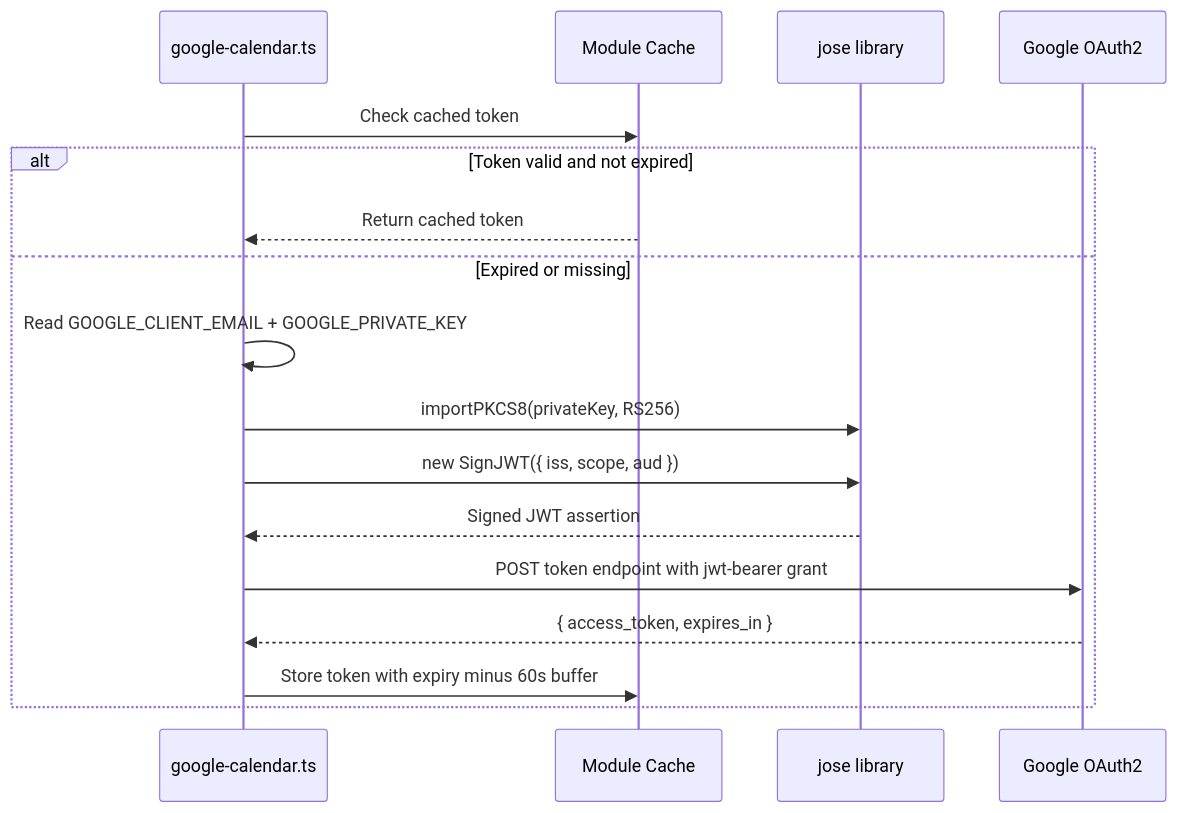
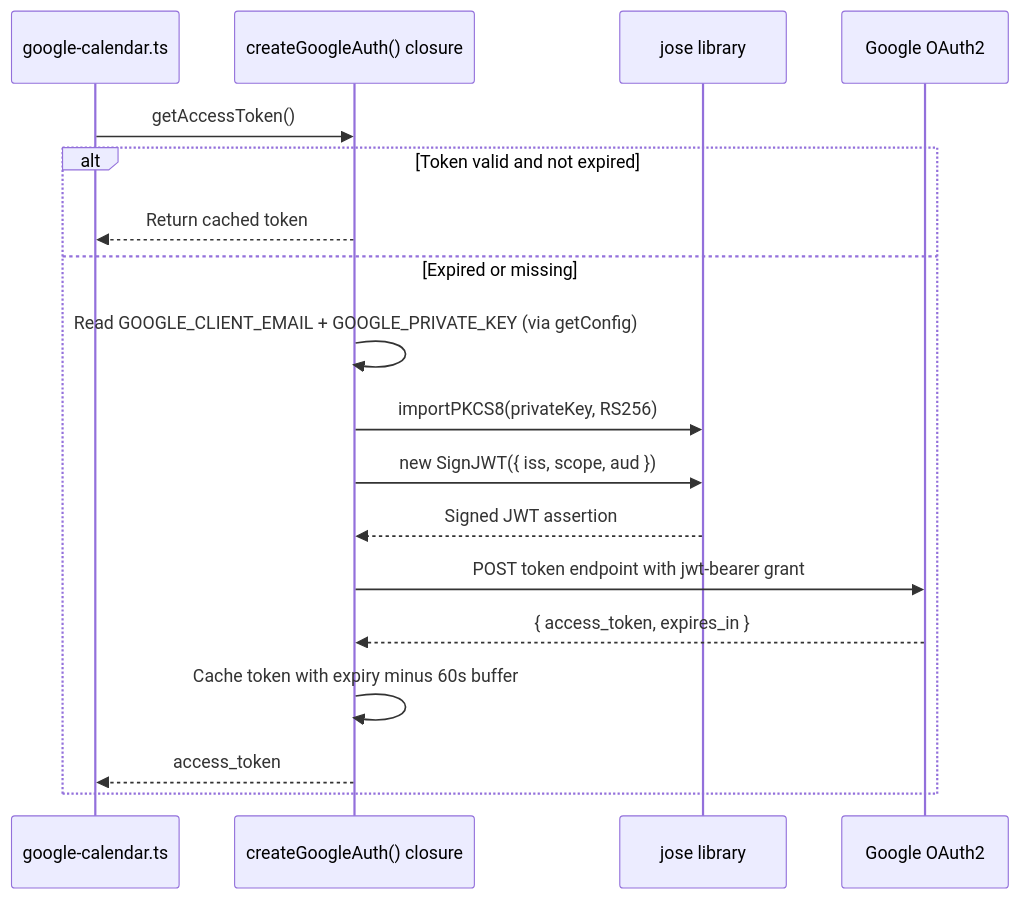
Before and after one commit to Themis128/cloudless.gr: the second of 3 diagrams in docs/GOOGLE-CALENDAR.md, drawn with Mermaid. The commit also changed other lines of this file and 7 other files, not shown here.

````diff
--- a/docs/GOOGLE-CALENDAR.md
+++ b/docs/GOOGLE-CALENDAR.md
@@ -38,20 +42,21 @@
 ```mermaid
 sequenceDiagram
     participant Lib as google-calendar.ts
-    participant Cache as Module Cache
+    participant Auth as createGoogleAuth() closure
     participant Jose as jose library
     participant Google as Google OAuth2
 
-    Lib->>Cache: Check cached token
+    Lib->>Auth: getAccessToken()
     alt Token valid and not expired
-        Cache-->>Lib: Return cached token
+        Auth-->>Lib: Return cached token
     else Expired or missing
-        Lib->>Lib: Read GOOGLE_CLIENT_EMAIL + GOOGLE_PRIVATE_KEY
-        Lib->>Jose: importPKCS8(privateKey, RS256)
-        Lib->>Jose: new SignJWT({ iss, scope, aud })
-        Jose-->>Lib: Signed JWT assertion
-        Lib->>Google: POST token endpoint with jwt-bearer grant
-        Google-->>Lib: { access_token, expires_in }
-        Lib->>Cache: Store token with expiry minus 60s buffer
+        Auth->>Auth: Read GOOGLE_CLIENT_EMAIL + GOOGLE_PRIVATE_KEY (via getConfig)
+        Auth->>Jose: importPKCS8(privateKey, RS256)
+        Auth->>Jose: new SignJWT({ iss, scope, aud })
+        Jose-->>Auth: Signed JWT assertion
+        Auth->>Google: POST token endpoint with jwt-bearer grant
+        Google-->>Auth: { access_token, expires_in }
+        Auth->>Auth: Cache token with expiry minus 60s buffer
+        Auth-->>Lib: access_token
     end
 ```
````
